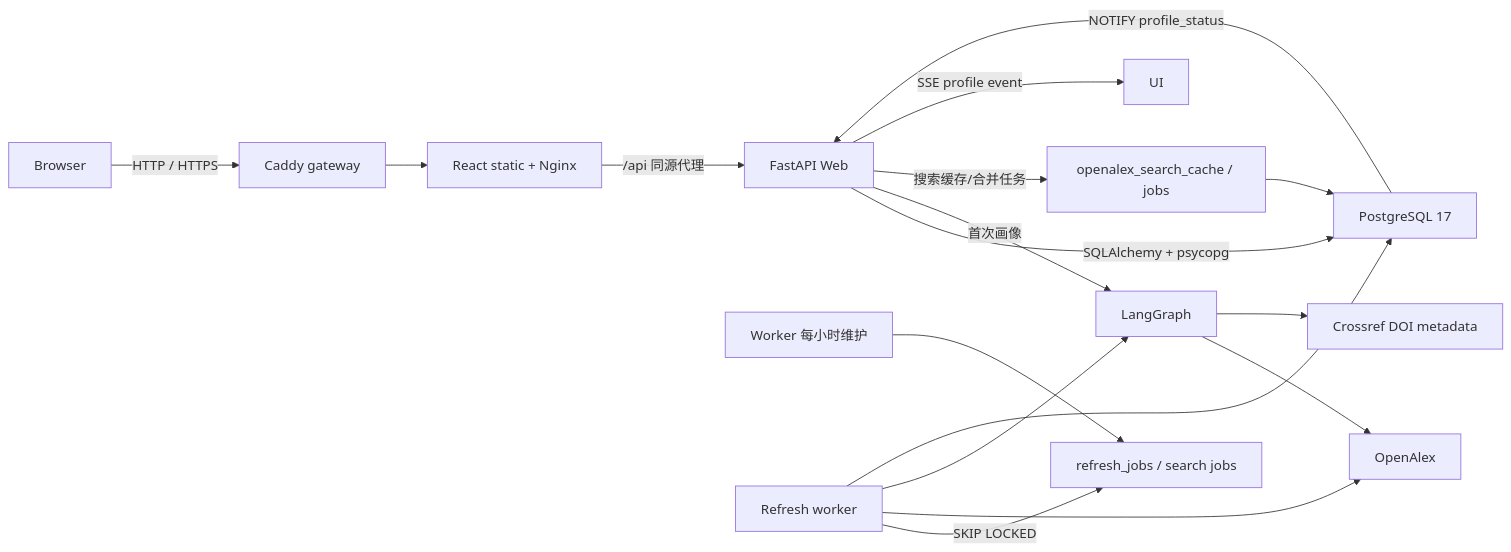
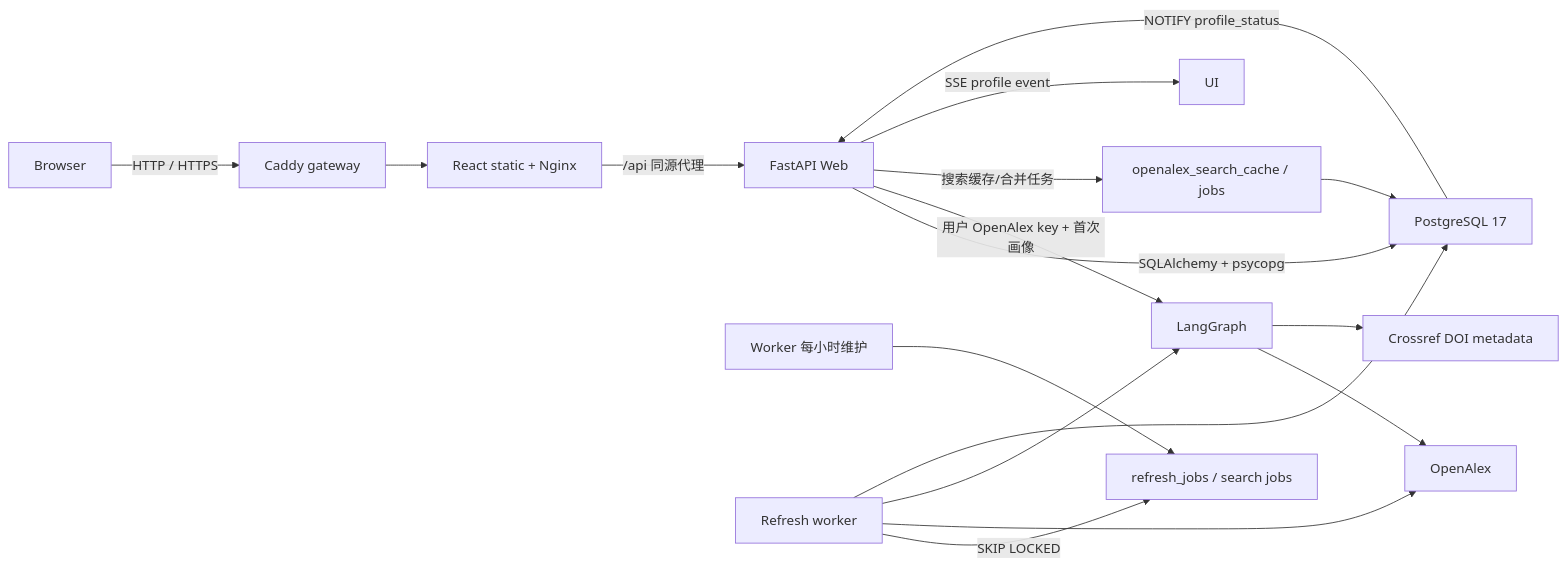
One commit to AlexYuanch/scholar_search changed the diagram in docs/ARCHITECTURE.md. Above: the diagram before and after it, drawn with Mermaid. The commit also changed other lines of this file and 31 other files, not shown here.

Commit message:
feat: add user-owned OpenAlex credentials

````diff
--- a/docs/ARCHITECTURE.md
+++ b/docs/ARCHITECTURE.md
@@ -5,19 +5,19 @@
 ```mermaid
 flowchart LR
   CLIENT["Browser"] -->|"HTTP / HTTPS"| CADDY["Caddy gateway"]
   CADDY --> NGINX["React static + Nginx"]
   NGINX -->|"/api 同源代理"| API["FastAPI Web"]
   API -->|"SQLAlchemy + psycopg"| PG["PostgreSQL 17"]
-  API -->|"首次画像"| WF["LangGraph"]
+  API -->|"用户 OpenAlex key + 首次画像"| WF["LangGraph"]
   API -->|"搜索缓存/合并任务"| SEARCH["openalex_search_cache / jobs"]
   SEARCH --> PG
   WF --> OA["OpenAlex"]
   WF --> CR["Crossref DOI metadata"]
   MAINT["Worker 每小时维护"] --> JOB["refresh_jobs / search jobs"]
   WORKER["Refresh worker"] -->|"SKIP LOCKED"| JOB
   WORKER --> OA
   WORKER --> WF
   WORKER --> PG
   PG -->|"NOTIFY profile_status"| API
   API -->|"SSE profile event"| UI
 ```
````
